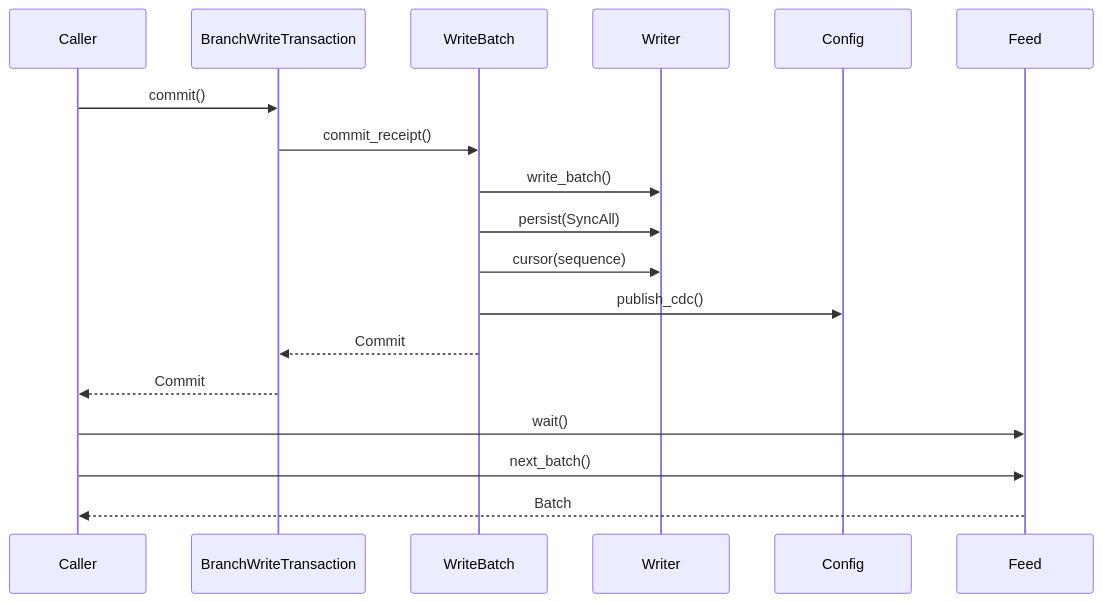
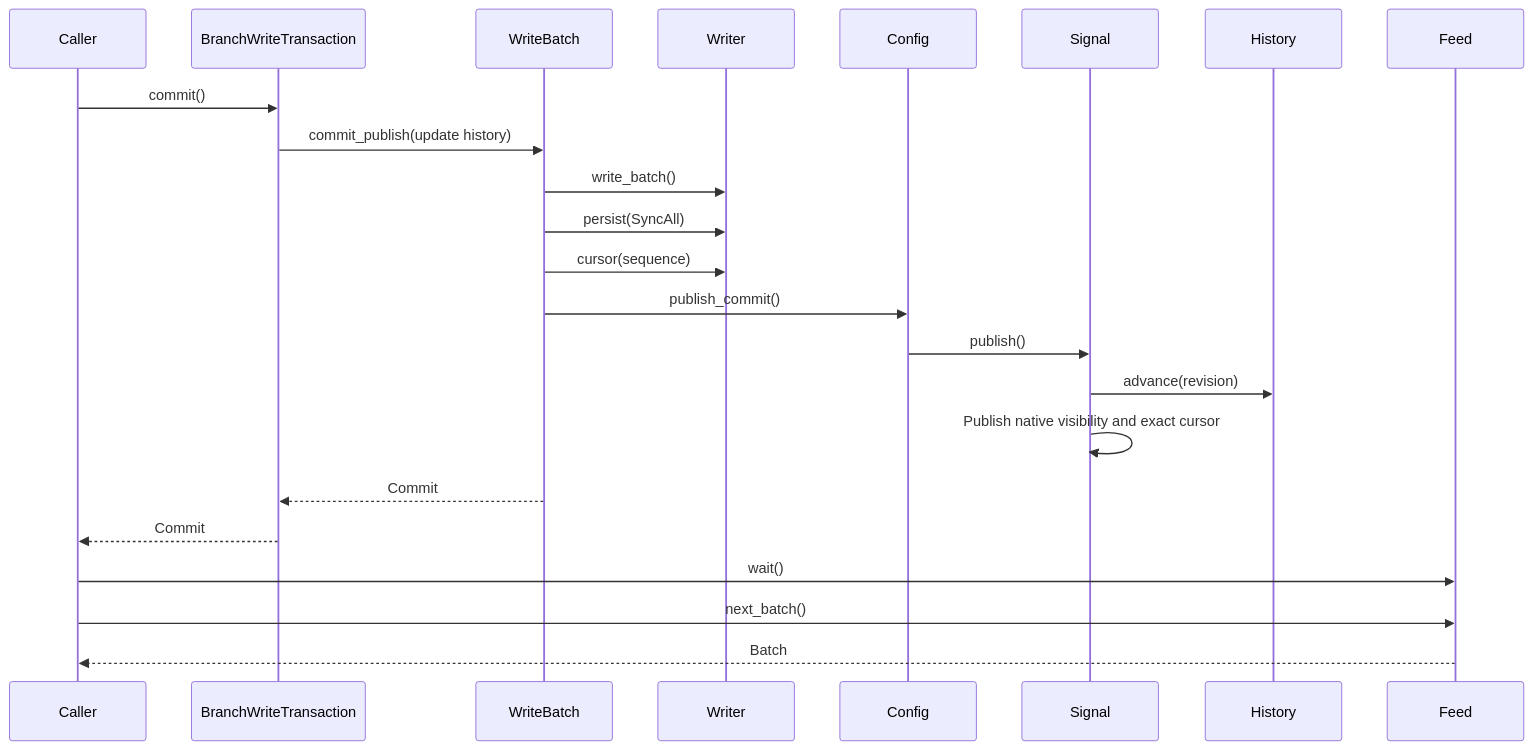
The diagram in docs/guides/fjall-versioned-storage-review.md (Ereborlabs/erebor-runtime), drawn with Mermaid before and after one commit. The commit also changed other lines of this file and 44 other files, not shown here.

````diff
--- a/docs/guides/fjall-versioned-storage-review.md
+++ b/docs/guides/fjall-versioned-storage-review.md
@@ -191,20 +203,25 @@
 ```mermaid
 sequenceDiagram
     participant Caller
     participant Tx as BranchWriteTransaction
     participant Batch as WriteBatch
     participant Writer
     participant Config
+    participant Signal
+    participant History
     participant Feed
     Caller->>Tx: commit()
-    Tx->>Batch: commit_receipt()
+    Tx->>Batch: commit_publish(update history)
     Batch->>Writer: write_batch()
     Batch->>Writer: persist(SyncAll)
     Batch->>Writer: cursor(sequence)
-    Batch->>Config: publish_cdc()
+    Batch->>Config: publish_commit()
+    Config->>Signal: publish()
+    Signal->>History: advance(revision)
+    Signal->>Signal: Publish native visibility and exact cursor
     Batch-->>Tx: Commit
     Tx-->>Caller: Commit
     Caller->>Feed: wait()
     Caller->>Feed: next_batch()
     Feed-->>Caller: Batch
 ```
````
